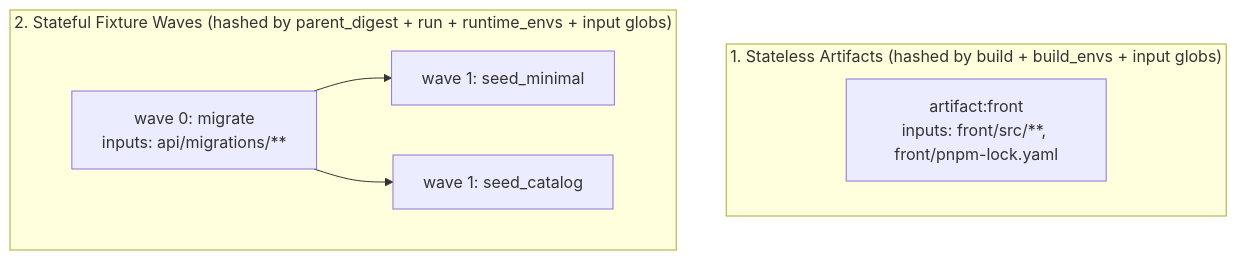
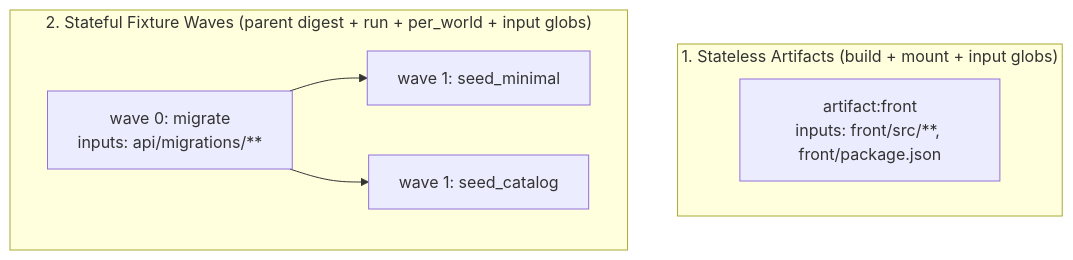
Before and after one commit to OffworldNexus/slipfork: the diagram in docs/testing-dag.md, drawn with Mermaid. The commit also changed other lines of this file and 9 other files, not shown here.

````diff
--- a/docs/testing-dag.md
+++ b/docs/testing-dag.md
@@ -9,11 +51,11 @@
 ```mermaid
 flowchart TD
-  subgraph Artifacts["1. Stateless Artifacts (hashed by build + build_envs + input globs)"]
-    AFront["artifact:front<br/>inputs: front/src/**, front/pnpm-lock.yaml"]
+  subgraph Artifacts["1. Stateless Artifacts (build + mount + input globs)"]
+    AFront["artifact:front<br/>inputs: front/src/**, front/package.json"]
   end
 
-  subgraph Fixtures["2. Stateful Fixture Waves (hashed by parent_digest + run + runtime_envs + input globs)"]
+  subgraph Fixtures["2. Stateful Fixture Waves (parent digest + run + per_world + input globs)"]
     S1["wave 0: migrate<br/>inputs: api/migrations/**"] --> S2a["wave 1: seed_minimal"]
     S1 --> S2b["wave 1: seed_catalog"]
   end
 ```
````
